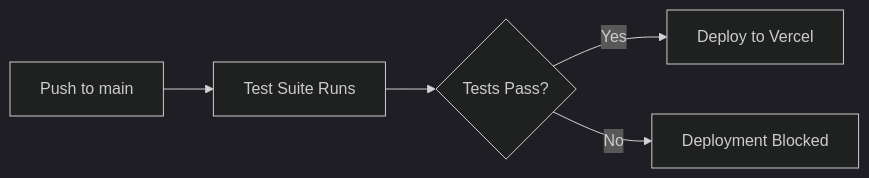
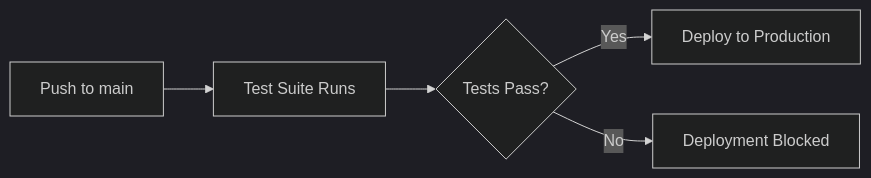
The first of 3 diagrams in docs/VERCEL_DEPLOYMENT.md (bpinkerton/session-forge), drawn with Mermaid (dark theme) before and after one commit. The commit also changed other lines of this file and 2 other files, not shown here.

````diff
--- a/docs/VERCEL_DEPLOYMENT.md
+++ b/docs/VERCEL_DEPLOYMENT.md
@@ -57,7 +57,7 @@
 ```mermaid
 graph LR
     A[Push to main] --> B[Test Suite Runs]
     B --> C{Tests Pass?}
-    C -->|Yes| D[Deploy to Vercel]
+    C -->|Yes| D[Deploy to Production]
     C -->|No| E[Deployment Blocked]
 ```
````
